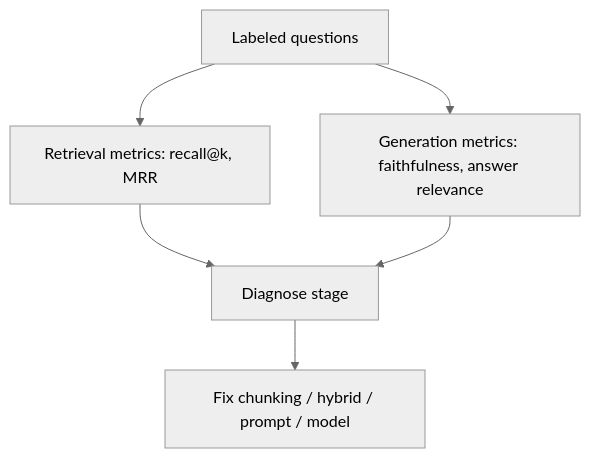
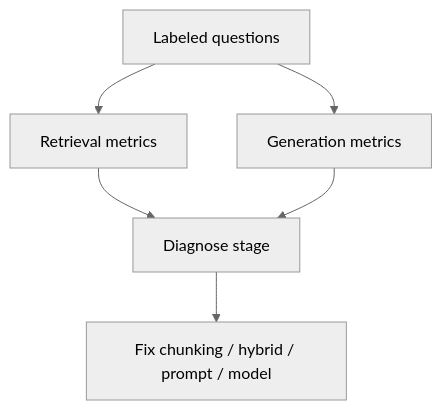
Before and after one commit to satishify/BackBenchLearner: the diagram in content/genai/module-2-prompting-rag/session-8-production-rag/06-rag-evaluation-and-failure-modes.md, drawn with Mermaid (neutral theme). The commit also changed other lines of this file and 199 other files, not shown here.

````diff
--- a/content/genai/module-2-prompting-rag/session-8-production-rag/06-rag-evaluation-and-failure-modes.md
+++ b/content/genai/module-2-prompting-rag/session-8-production-rag/06-rag-evaluation-and-failure-modes.md
@@ -12,8 +19,8 @@
 ```mermaid
 flowchart TB
-  Q[Labeled questions] --> R[Retrieval metrics: recall@k, MRR]
-  Q --> G[Generation metrics: faithfulness, answer relevance]
+  Q[Labeled questions] --> R[Retrieval metrics]
+  Q --> G[Generation metrics]
   R --> D[Diagnose stage]
   G --> D
   D --> F[Fix chunking / hybrid / prompt / model]
 ```
````
